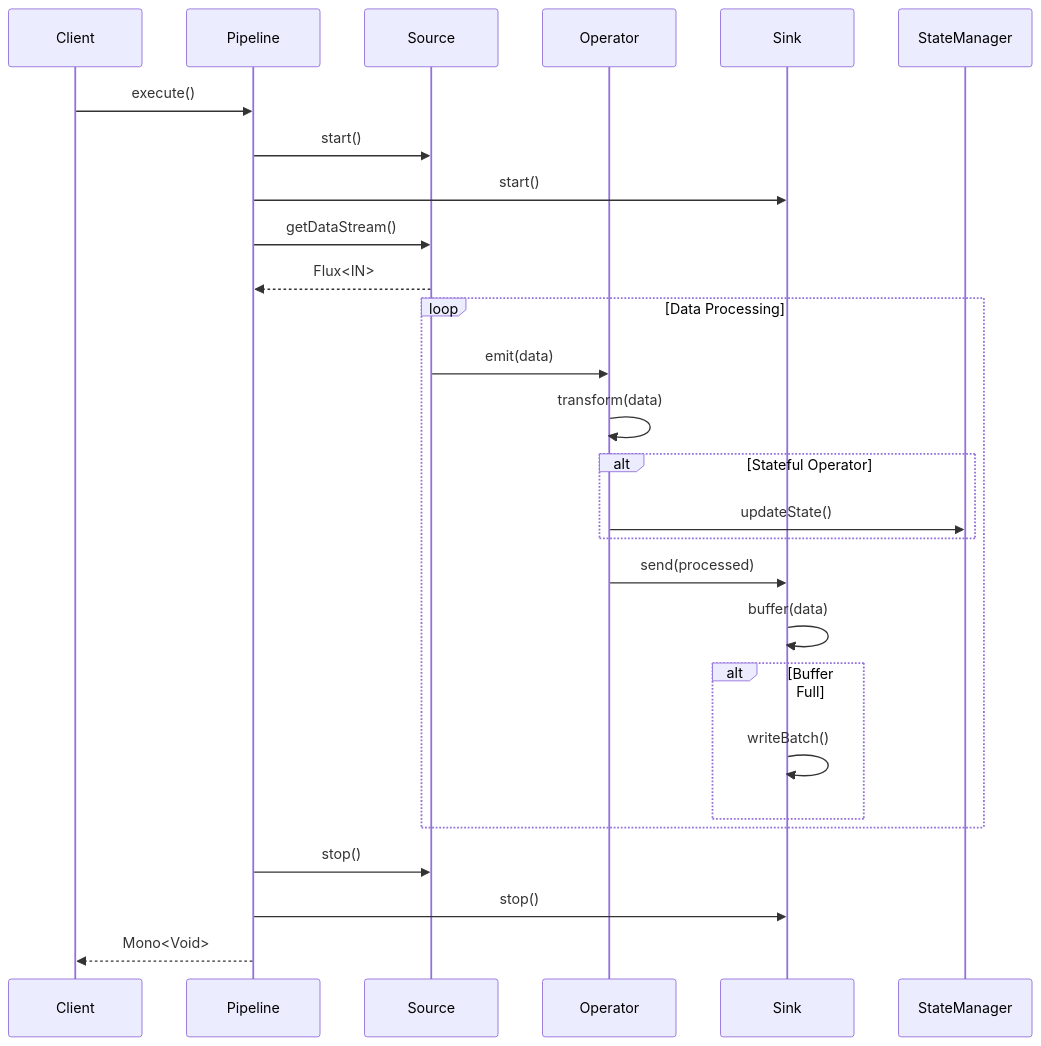
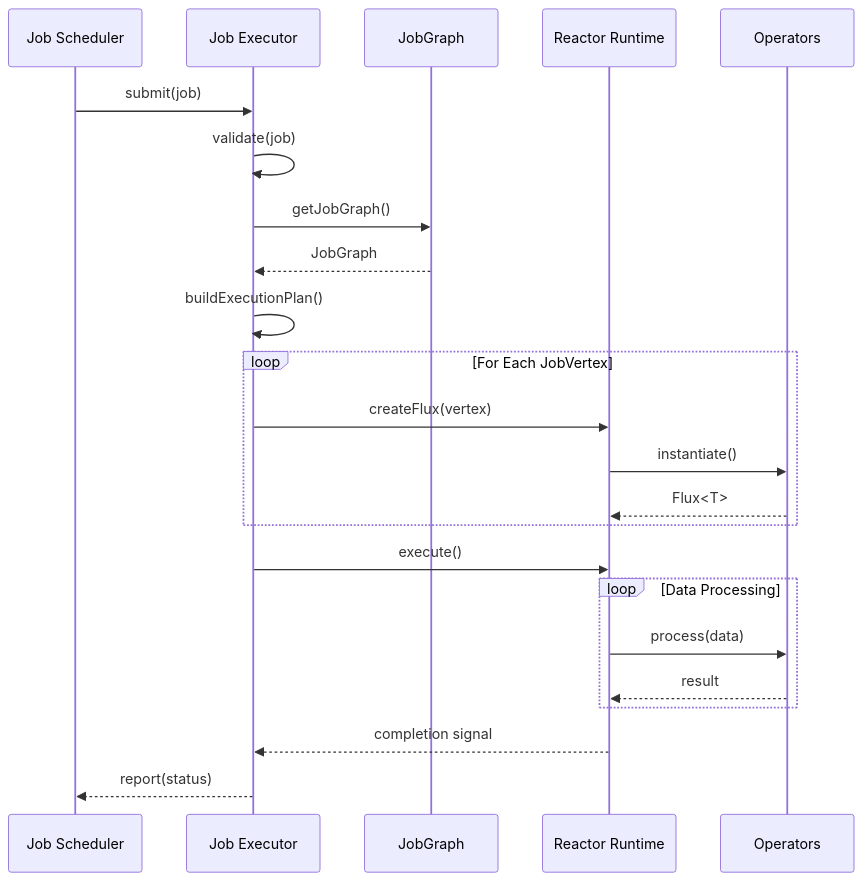
The seventh of 24 diagrams in docs/reactive-etl-framework-design.md (312268112/advanced-java), drawn with Mermaid before and after one commit. The commit also changed other lines of this file, not shown here.

````diff
--- a/docs/reactive-etl-framework-design.md
+++ b/docs/reactive-etl-framework-design.md
@@ -668,36 +365,31 @@
 ```mermaid
 sequenceDiagram
-    participant Client
-    participant Pipeline
-    participant Source
-    participant Operator
-    participant Sink
-    participant StateManager
+    participant Scheduler as Job Scheduler
+    participant Executor as Job Executor
+    participant Graph as JobGraph
+    participant Runtime as Reactor Runtime
+    participant Operator as Operators
     
-    Client->>Pipeline: execute()
-    Pipeline->>Source: start()
-    Pipeline->>Sink: start()
+    Scheduler->>Executor: submit(job)
+    Executor->>Executor: validate(job)
+    Executor->>Graph: getJobGraph()
+    Graph-->>Executor: JobGraph
     
-    Pipeline->>Source: getDataStream()
-    Source-->>Pipeline: Flux<IN>
+    Executor->>Executor: buildExecutionPlan()
+    
+    loop For Each JobVertex
+        Executor->>Runtime: createFlux(vertex)
+        Runtime->>Operator: instantiate()
+        Operator-->>Runtime: Flux<T>
+    end
+    
+    Executor->>Runtime: execute()
     
     loop Data Processing
-        Source->>Operator: emit(data)
-        Operator->>Operator: transform(data)
-        
-        alt Stateful Operator
-            Operator->>StateManager: updateState()
-        end
-        
-        Operator->>Sink: send(processed)
-        Sink->>Sink: buffer(data)
-        
-        alt Buffer Full
-            Sink->>Sink: writeBatch()
-        end
+        Runtime->>Operator: process(data)
+        Operator-->>Runtime: result
     end
     
-    Pipeline->>Source: stop()
-    Pipeline->>Sink: stop()
-    Pipeline-->>Client: Mono<Void>
+    Runtime-->>Executor: completion signal
+    Executor-->>Scheduler: report(status)
 ```
````
